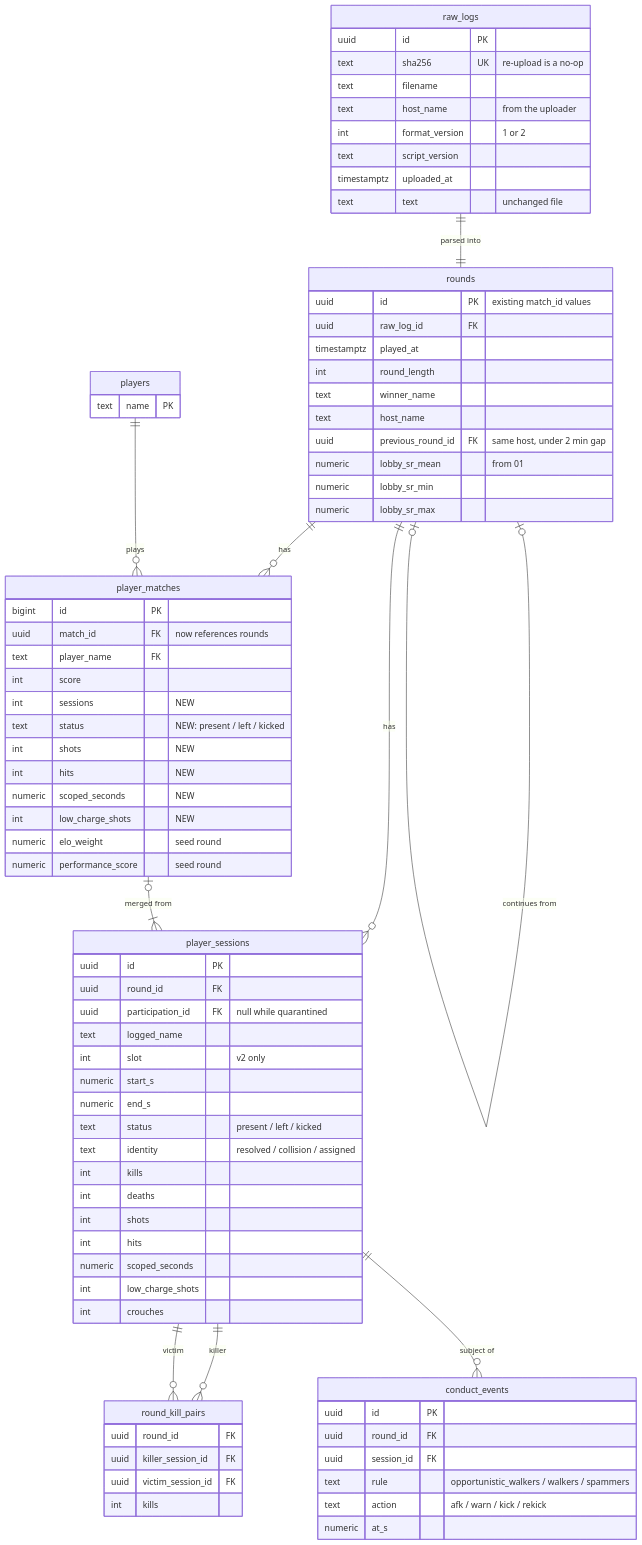
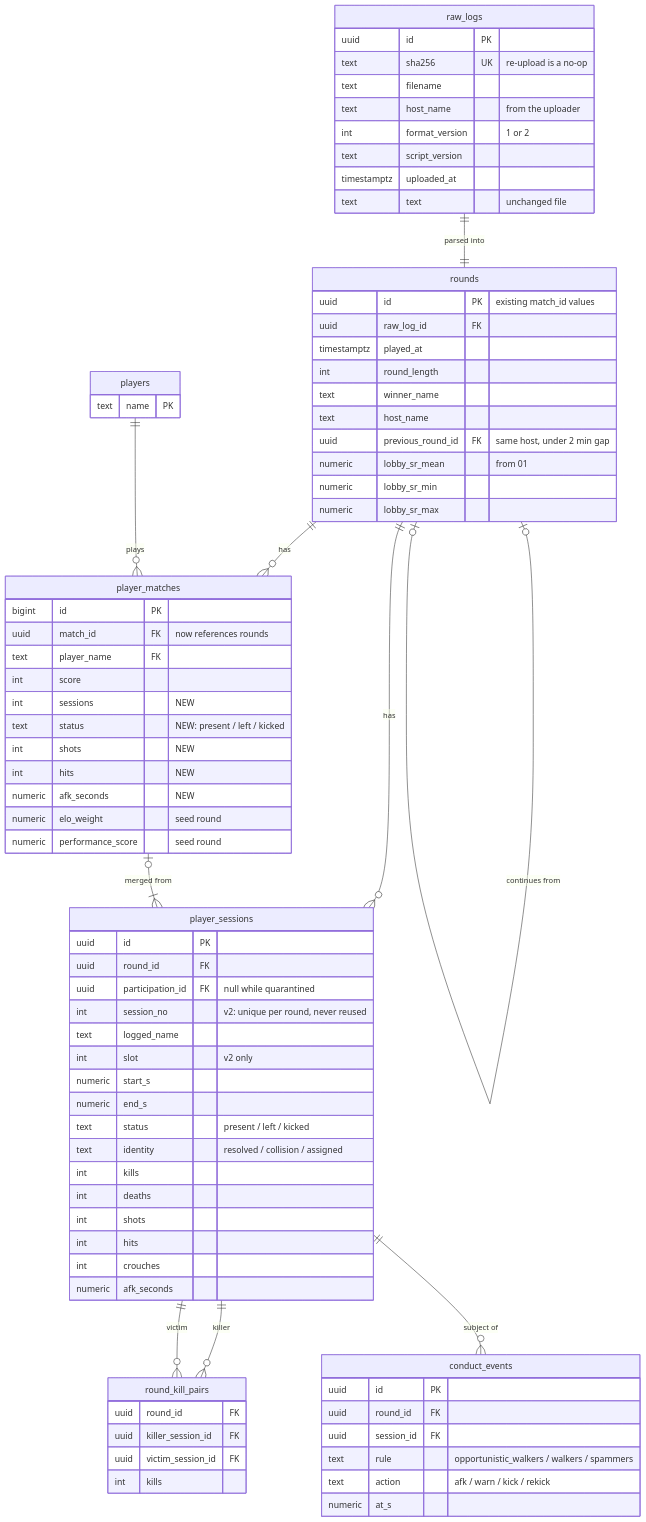
Before and after one commit to jh1909/widowhs: the first of 2 diagrams in docs/schema.md, drawn with Mermaid. The commit also changed 30 other files, not shown here.

```diff
--- a/docs/schema.md
+++ b/docs/schema.md
@@ -49,6 +49,7 @@
     uuid id PK
     uuid round_id FK
     uuid participation_id FK "null while quarantined"
+    int session_no "v2: unique per round, never reused"
     text logged_name
     int slot "v2 only"
     numeric start_s
@@ -59,9 +60,8 @@
     int deaths
     int shots
     int hits
-    numeric scoped_seconds
-    int low_charge_shots
     int crouches
+    numeric afk_seconds
   }
   player_matches {
     bigint id PK
@@ -72,8 +72,7 @@
     text status "NEW: present / left / kicked"
     int shots "NEW"
     int hits "NEW"
-    numeric scoped_seconds "NEW"
-    int low_charge_shots "NEW"
+    numeric afk_seconds "NEW"
     numeric elo_weight "seed round"
     numeric performance_score "seed round"
   }
```
